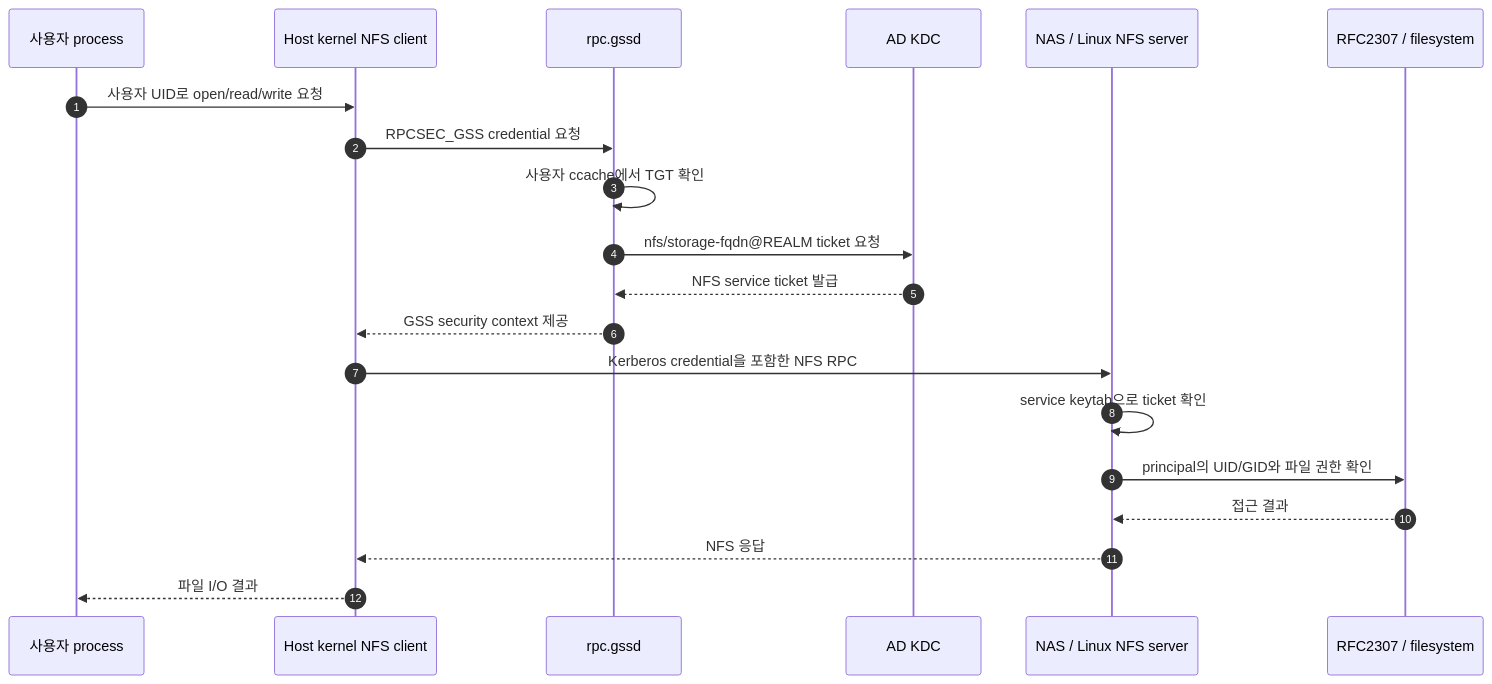
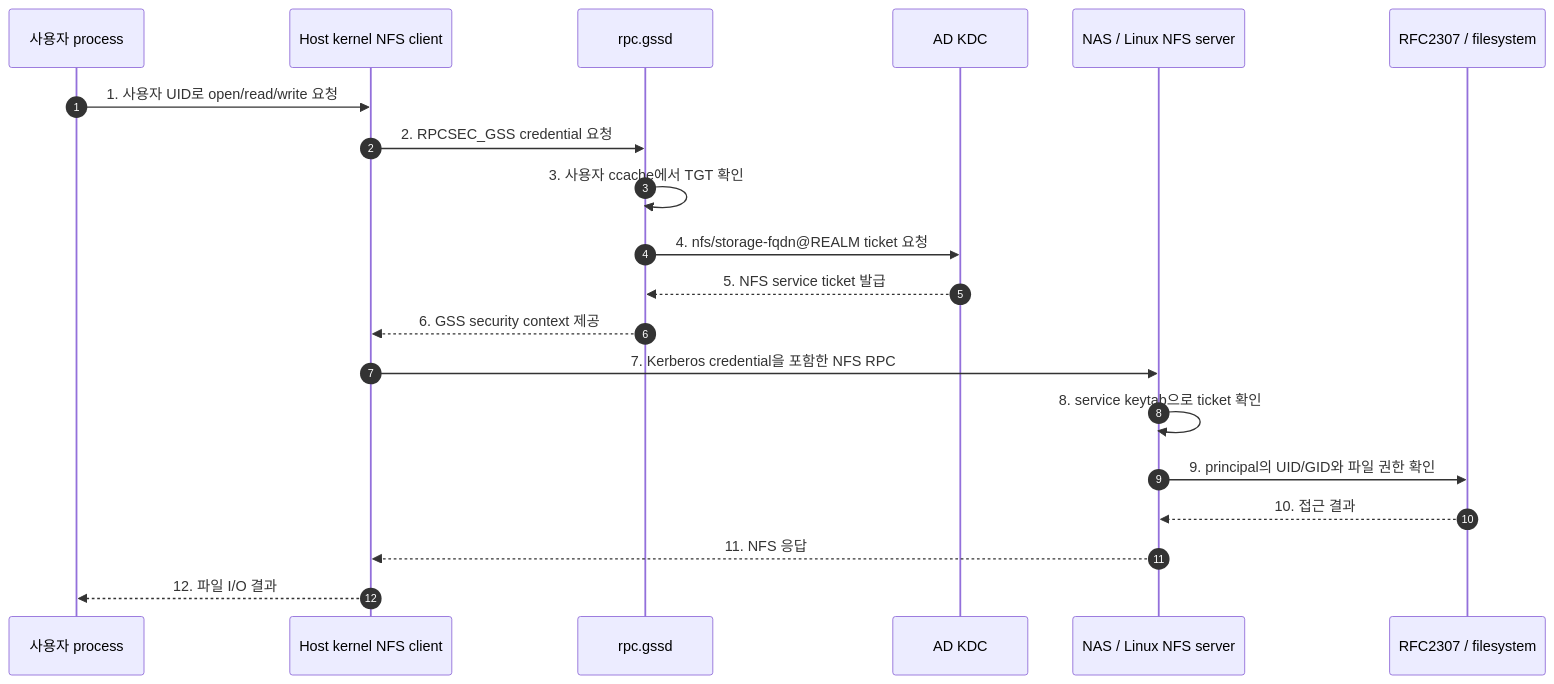
One commit to CSID-DGU/admin_wiki changed the diagram in md/system/kerberos-nfs/design.md. Above: the diagram before and after it, drawn with Mermaid. The commit also changed other lines of this file and 1 other file, not shown here.

Commit message:
docs: kerberos-nfs 매뉴얼 수정

````diff
--- a/md/system/kerberos-nfs/design.md
+++ b/md/system/kerberos-nfs/design.md
@@ -52,23 +67,23 @@
 ```mermaid
 sequenceDiagram
     autonumber
     participant U as 사용자 process
     participant K as Host kernel NFS client
     participant G as rpc.gssd
     participant KDC as AD KDC
     participant NFS as NAS / Linux NFS server
     participant ID as RFC2307 / filesystem
 
-    U->>K: 사용자 UID로 open/read/write 요청
-    K->>G: RPCSEC_GSS credential 요청
-    G->>G: 사용자 ccache에서 TGT 확인
-    G->>KDC: nfs/storage-fqdn@REALM ticket 요청
-    KDC-->>G: NFS service ticket 발급
-    G-->>K: GSS security context 제공
-    K->>NFS: Kerberos credential을 포함한 NFS RPC
-    NFS->>NFS: service keytab으로 ticket 확인
-    NFS->>ID: principal의 UID/GID와 파일 권한 확인
-    ID-->>NFS: 접근 결과
-    NFS-->>K: NFS 응답
-    K-->>U: 파일 I/O 결과
+    U->>K: 1. 사용자 UID로 open/read/write 요청
+    K->>G: 2. RPCSEC_GSS credential 요청
+    G->>G: 3. 사용자 ccache에서 TGT 확인
+    G->>KDC: 4. nfs/storage-fqdn@REALM ticket 요청
+    KDC-->>G: 5. NFS service ticket 발급
+    G-->>K: 6. GSS security context 제공
+    K->>NFS: 7. Kerberos credential을 포함한 NFS RPC
+    NFS->>NFS: 8. service keytab으로 ticket 확인
+    NFS->>ID: 9. principal의 UID/GID와 파일 권한 확인
+    ID-->>NFS: 10. 접근 결과
+    NFS-->>K: 11. NFS 응답
+    K-->>U: 12. 파일 I/O 결과
 ```
````
